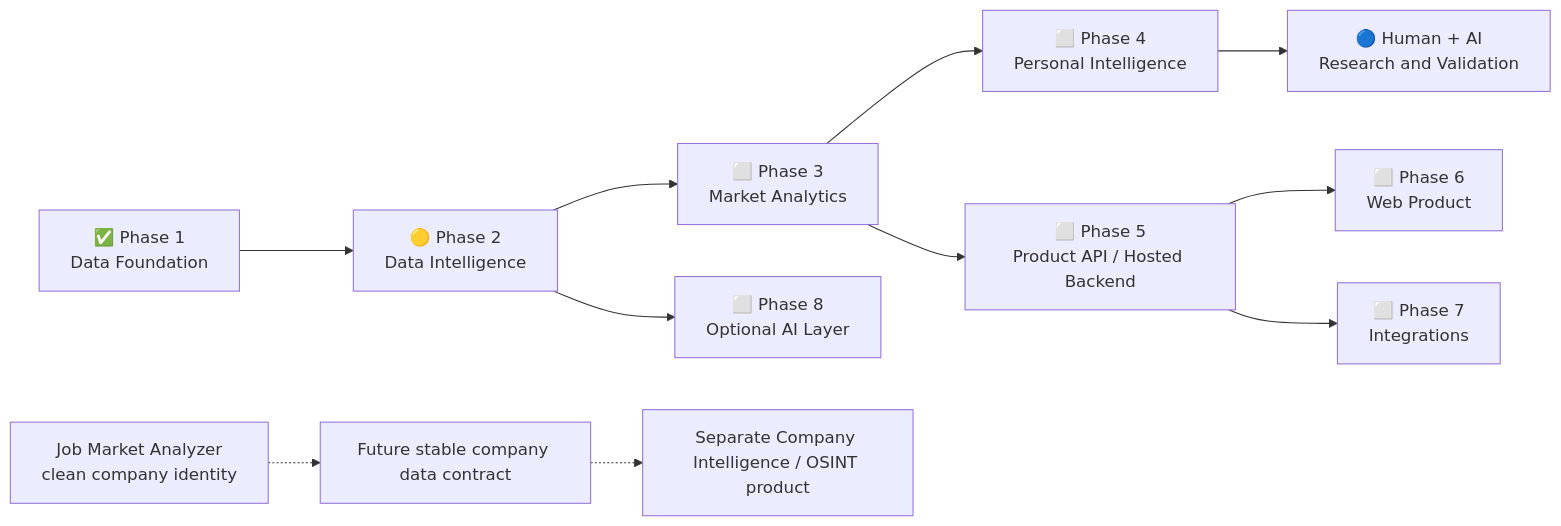
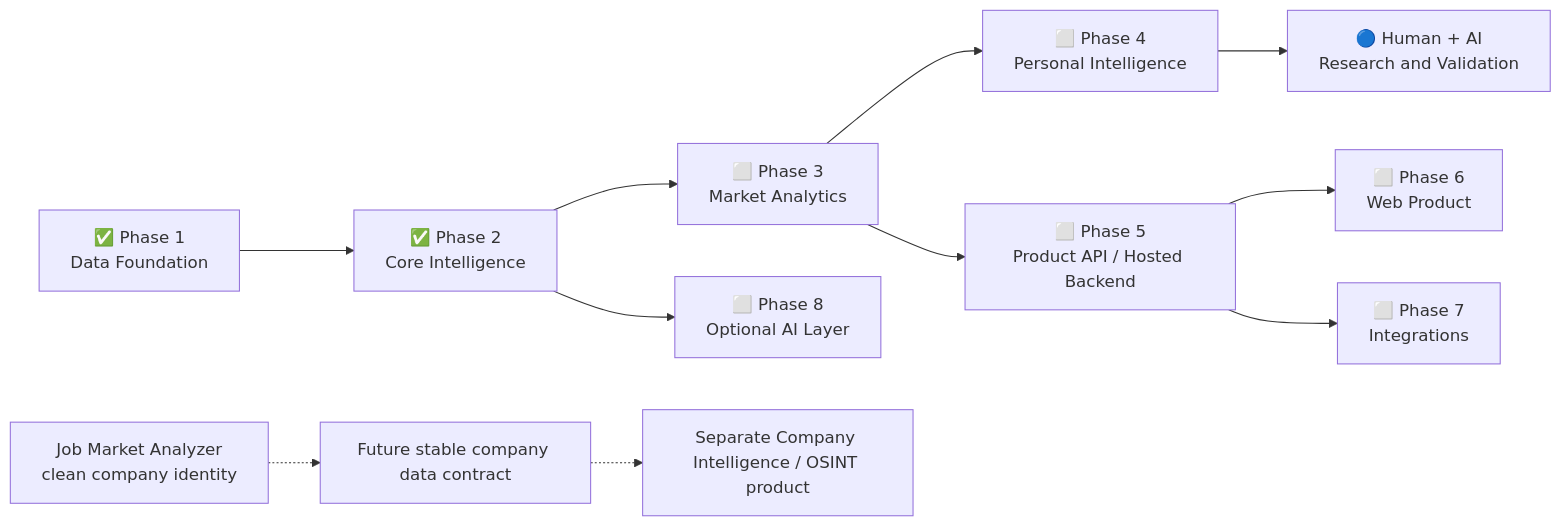
Before and after one commit to teremno/job-market-analyzer: the first of 2 diagrams in docs/ROADMAP.md, drawn with Mermaid. The commit also changed other lines of this file and 22 other files, not shown here.

````diff
--- a/docs/ROADMAP.md
+++ b/docs/ROADMAP.md
@@ -33,13 +38,13 @@
 ```mermaid
 flowchart LR
-    P1["✅ Phase 1<br/>Data Foundation"] --> P2["🟡 Phase 2<br/>Data Intelligence"]
+    P1["✅ Phase 1<br/>Data Foundation"] --> P2["✅ Phase 2<br/>Core Intelligence"]
     P2 --> P3["⬜ Phase 3<br/>Market Analytics"]
     P3 --> P4["⬜ Phase 4<br/>Personal Intelligence"]
     P3 --> P5["⬜ Phase 5<br/>Product API / Hosted Backend"]
     P5 --> P6["⬜ Phase 6<br/>Web Product"]
     P5 --> P7["⬜ Phase 7<br/>Integrations"]
     P2 --> P8["⬜ Phase 8<br/>Optional AI Layer"]
     P4 --> R["🔵 Human + AI<br/>Research and Validation"]
     JMA["Job Market Analyzer<br/>clean company identity"] -.-> DC["Future stable company data contract"]
     DC -.-> CI["Separate Company Intelligence / OSINT product"]
 ```
````
